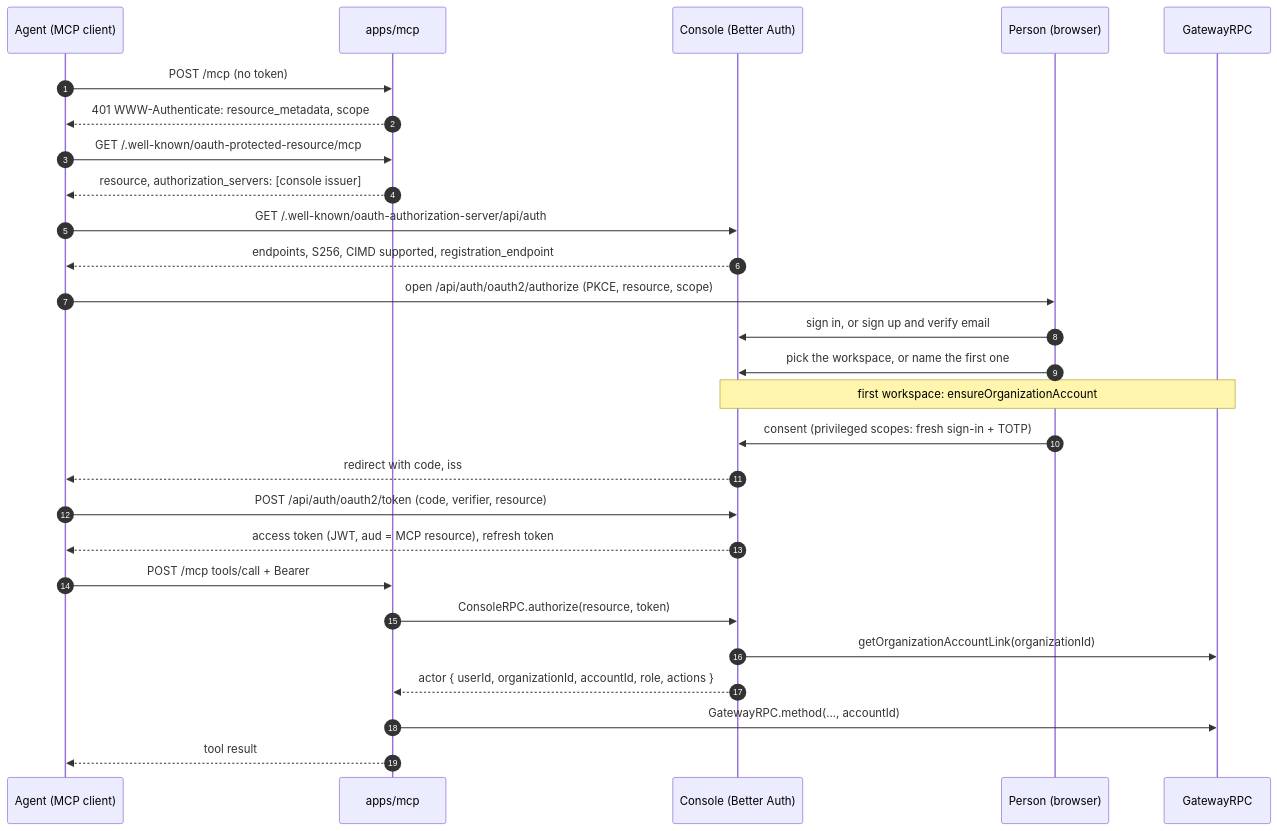
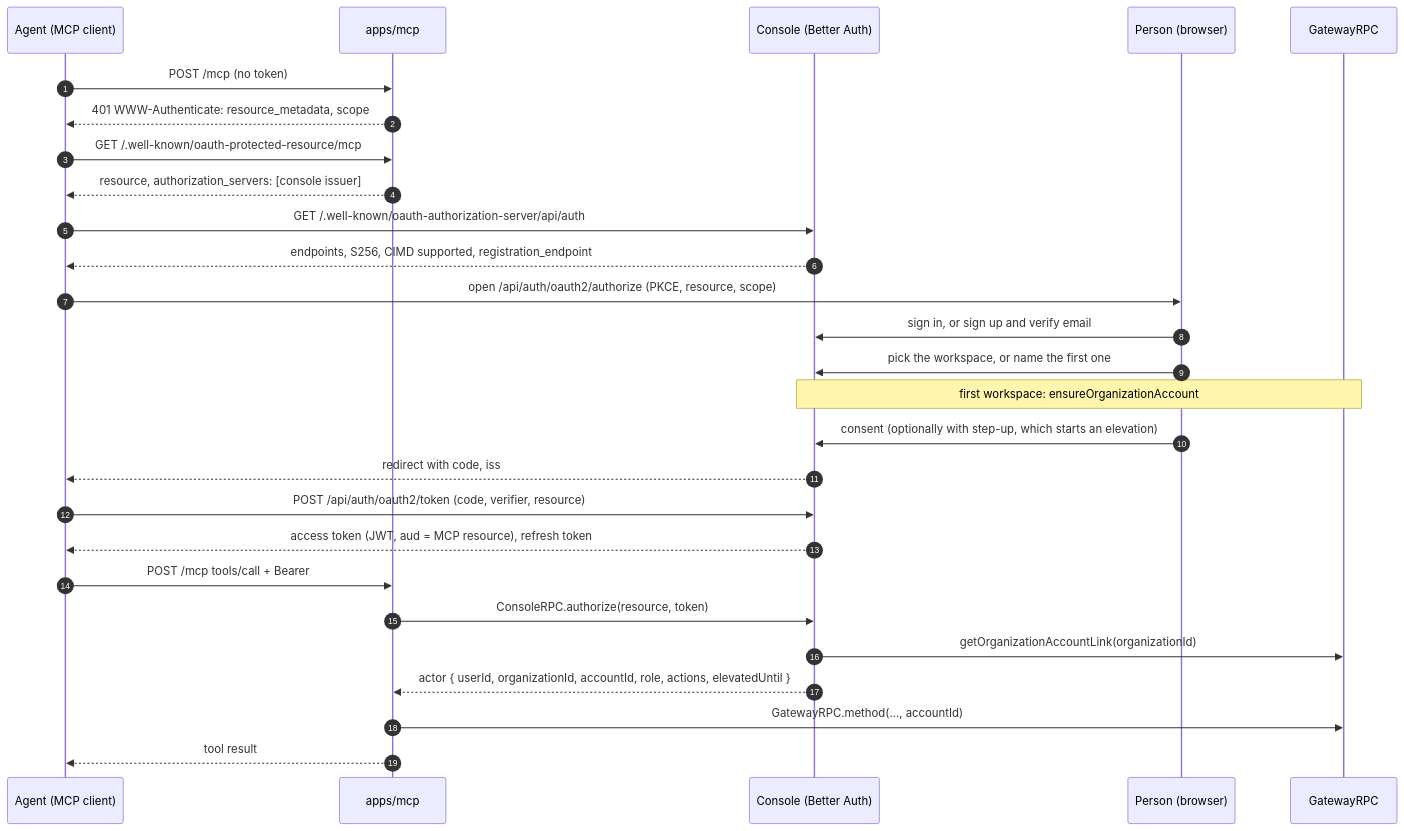
Before and after one commit to santigamo/eccos: the second of 2 diagrams in openspec/changes/add-mcp-server/design.md, drawn with Mermaid. The commit also changed other lines of this file and 4 other files, not shown here.

````diff
--- a/openspec/changes/add-mcp-server/design.md
+++ b/openspec/changes/add-mcp-server/design.md
@@ -226,30 +238,30 @@
 ```mermaid
 sequenceDiagram
   autonumber
   participant A as Agent (MCP client)
   participant M as apps/mcp
   participant C as Console (Better Auth)
   participant P as Person (browser)
   participant G as GatewayRPC
 
   A->>M: POST /mcp (no token)
   M-->>A: 401 WWW-Authenticate: resource_metadata, scope
   A->>M: GET /.well-known/oauth-protected-resource/mcp
   M-->>A: resource, authorization_servers: [console issuer]
   A->>C: GET /.well-known/oauth-authorization-server/api/auth
   C-->>A: endpoints, S256, CIMD supported, registration_endpoint
   A->>P: open /api/auth/oauth2/authorize (PKCE, resource, scope)
   P->>C: sign in, or sign up and verify email
   P->>C: pick the workspace, or name the first one
   Note over C,G: first workspace: ensureOrganizationAccount
-  P->>C: consent (privileged scopes: fresh sign-in + TOTP)
+  P->>C: consent (optionally with step-up, which starts an elevation)
   C-->>A: redirect with code, iss
   A->>C: POST /api/auth/oauth2/token (code, verifier, resource)
   C-->>A: access token (JWT, aud = MCP resource), refresh token
   A->>M: POST /mcp tools/call + Bearer
   M->>C: ConsoleRPC.authorize(resource, token)
   C->>G: getOrganizationAccountLink(organizationId)
-  C-->>M: actor { userId, organizationId, accountId, role, actions }
+  C-->>M: actor { userId, organizationId, accountId, role, actions, elevatedUntil }
   M->>G: GatewayRPC.method(..., accountId)
   M-->>A: tool result
 ```
````
